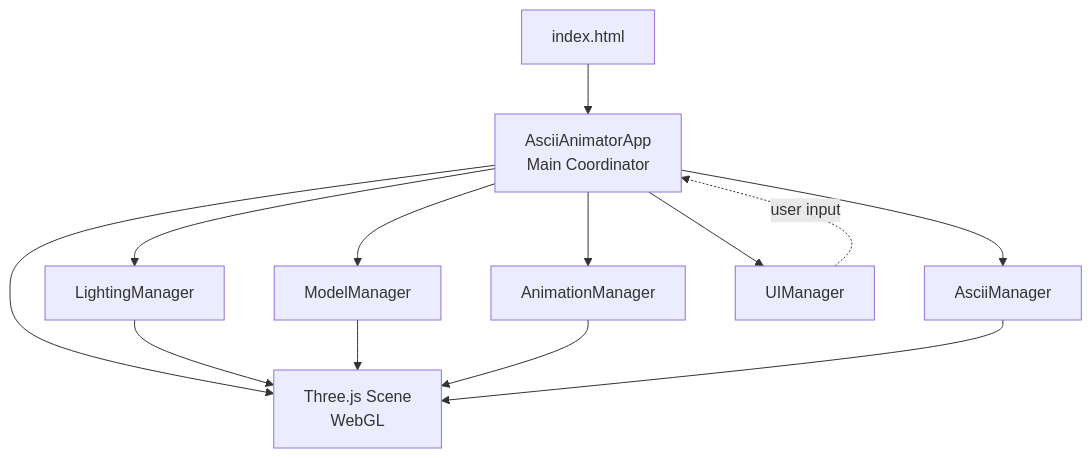
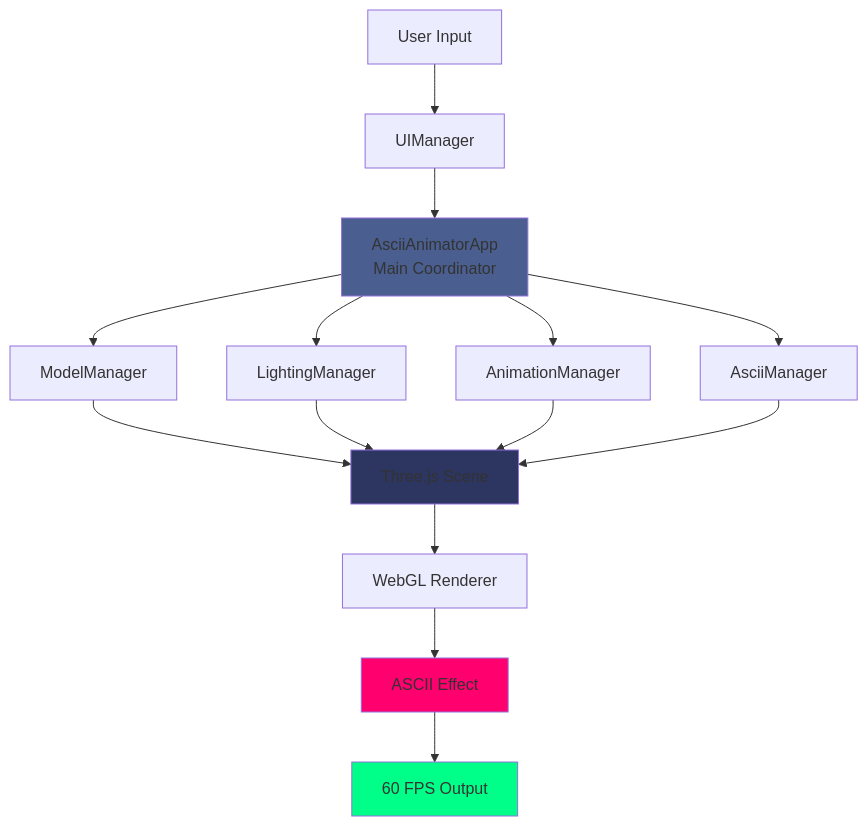
Before and after one commit to Zacsluss/ascii_3d_animator: the first of 2 diagrams in README.md, drawn with Mermaid. The commit also changed other lines of this file, not shown here.

````diff
--- a/README.md
+++ b/README.md
@@ -125,17 +167,24 @@
 ```mermaid
 graph TD
-    A[index.html] --> B[AsciiAnimatorApp<br/>Main Coordinator]
+    A[User Input] --> B[UIManager]
+    B --> C[AsciiAnimatorApp<br/>Main Coordinator]
 
-    B --> C[LightingManager]
-    B --> D[ModelManager]
-    B --> E[AnimationManager]
-    B --> F[AsciiManager]
-    B --> G[UIManager]
+    C --> D[ModelManager]
+    C --> E[LightingManager]
+    C --> F[AnimationManager]
+    C --> G[AsciiManager]
 
-    G -.user input.-> B
-    B --> H[Three.js Scene<br/>WebGL]
-    C --> H
-    D --> H
+    D --> H[Three.js Scene]
     E --> H
     F --> H
+    G --> H
+
+    H --> I[WebGL Renderer]
+    I --> J[ASCII Effect]
+    J --> K[60 FPS Output]
+
+    style C fill:#4a5f8f
+    style H fill:#2d3561
+    style J fill:#ff006e
+    style K fill:#00ff88
 ```
````
